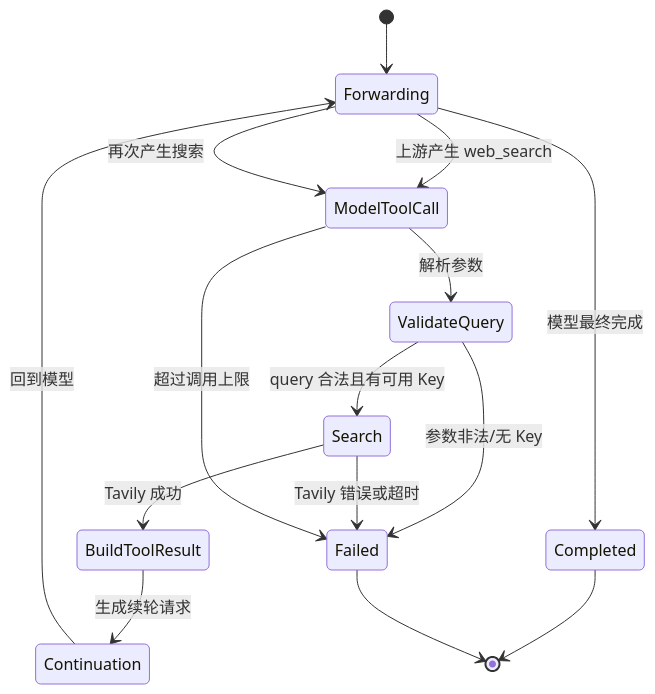
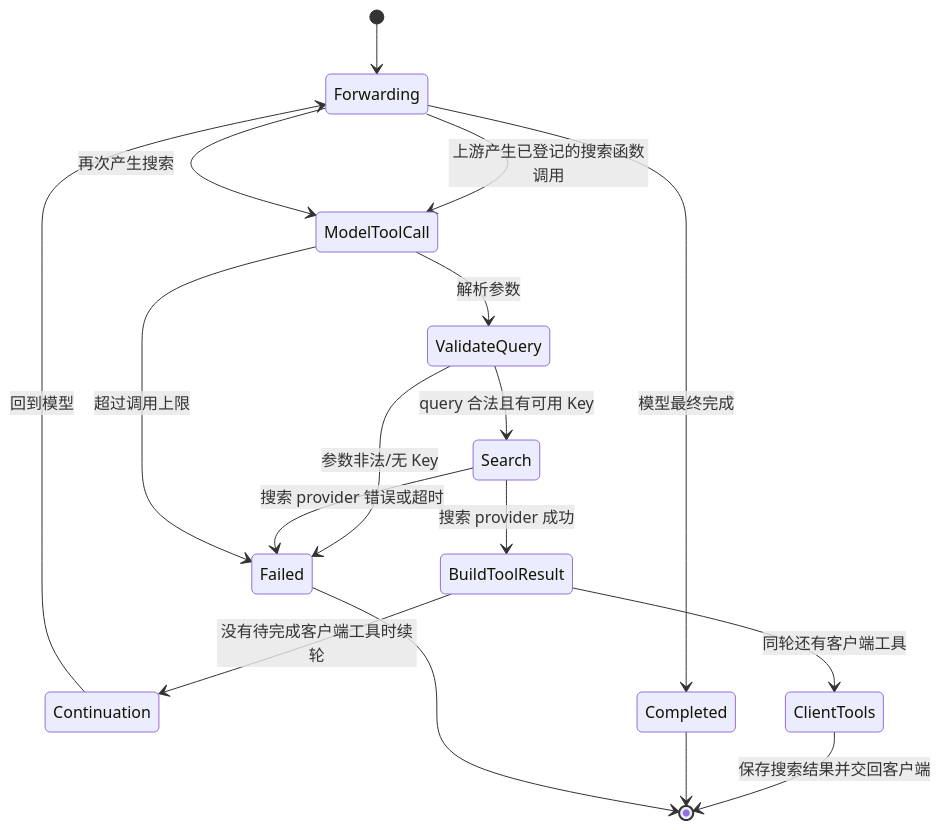
One commit to shL1481558059/OpenCodex changed the second of 3 diagrams in prd/09-tools-multimodal-and-special-flows.md. Above: the diagram before and after it, drawn with Mermaid. The commit also changed other lines of this file and 56 other files, not shown here.

````diff
--- a/prd/09-tools-multimodal-and-special-flows.md
+++ b/prd/09-tools-multimodal-and-special-flows.md
@@ -190,17 +190,19 @@
 ```mermaid
 stateDiagram-v2
     [*] --> Forwarding
-    Forwarding --> ModelToolCall: 上游产生 web_search
+    Forwarding --> ModelToolCall: 上游产生已登记的搜索函数调用
     ModelToolCall --> ValidateQuery: 解析参数
     ValidateQuery --> Search: query 合法且有可用 Key
     ValidateQuery --> Failed: 参数非法/无 Key
-    Search --> BuildToolResult: Tavily 成功
-    Search --> Failed: Tavily 错误或超时
-    BuildToolResult --> Continuation: 生成续轮请求
+    Search --> BuildToolResult: 搜索 provider 成功
+    Search --> Failed: 搜索 provider 错误或超时
+    BuildToolResult --> Continuation: 没有待完成客户端工具时续轮
+    BuildToolResult --> ClientTools: 同轮还有客户端工具
+    ClientTools --> [*]: 保存搜索结果并交回客户端
     Continuation --> Forwarding: 回到模型
     Forwarding --> Completed: 模型最终完成
     Forwarding --> ModelToolCall: 再次产生搜索
     ModelToolCall --> Failed: 超过调用上限
     Completed --> [*]
     Failed --> [*]
 ```
````
